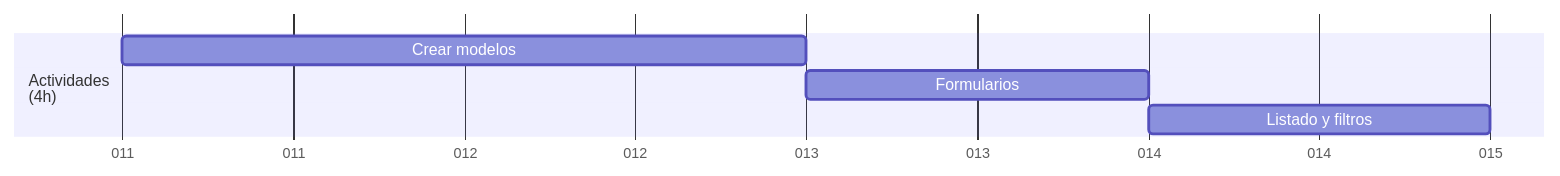
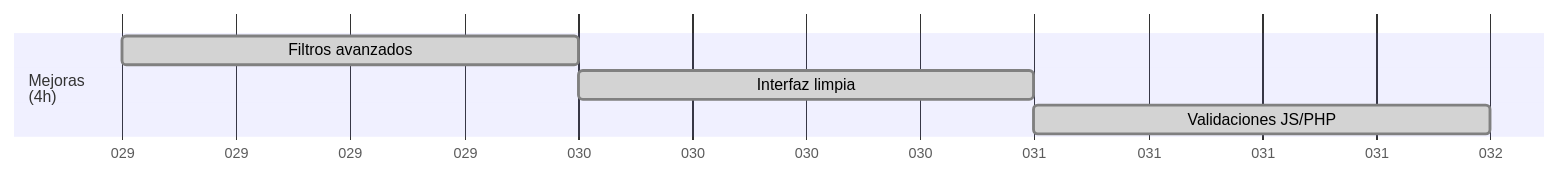
Before and after one commit to Covija97/badentracker: the diagram in .md/7.imp.md, drawn with Mermaid. The commit also changed other lines of this file and 2 other files, not shown here.

````diff
--- a/.md/7.imp.md
+++ b/.md/7.imp.md
@@ -8,10 +8,10 @@
 ```mermaid
 gantt
     dateFormat  DDD
     axisFormat %j
 
-    section Actividades<br>(4h)
-    Crear modelos               : 01-11, 2d
-    Formularios                 : 01-13, 1d
-    Listado y filtros           : 01-14, 1d
+    section Mejoras<br>(4h)
+    Filtros avanzados           :done, 01-29, 1d
+    Interfaz limpia             :done, 01-30, 1d
+    Validaciones JS/PHP         :done, 01-31, 1d
 ```
````
